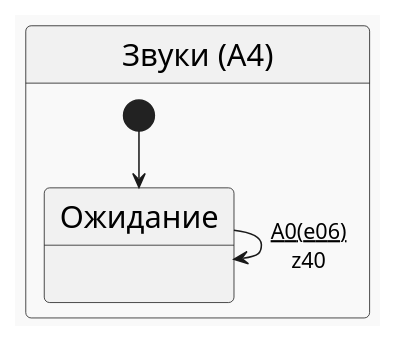
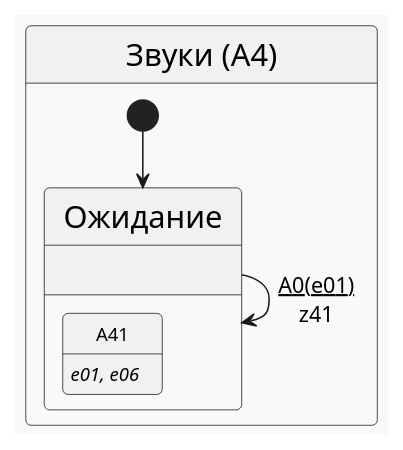
One commit to PhoenixNazarov/fsm-multiply changed the diagram in articles/multiply_many_nested/puml/a4.puml. Above: the diagram before and after it, drawn with PlantUML. The commit also changed 13 other files, not shown here.

```diff
--- a/articles/multiply_many_nested/puml/a4.puml
+++ b/articles/multiply_many_nested/puml/a4.puml
@@ -1,10 +1,13 @@
 @startuml
 !theme mars
 skinparam stateFontSize 20
 skinparam arrowFontSize 14
 state "Звуки (A4)" as A4 {
     [*] --> A40
     state "Ожидание" as A40 : 
-    A40 --> A40 : <u>A0(e06)\nz40
+    state "Ожидание" as A40 {
+        state "<size:12>A41" as F1 : <size:12><i>e01, e06
+    }
+    A40 --> A40 : <u>A0(e01)\nz41
 }
 @enduml
```
